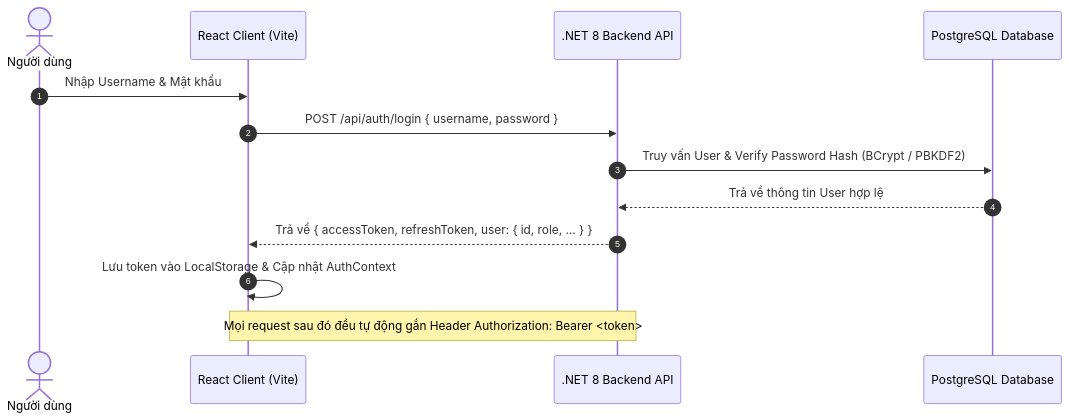
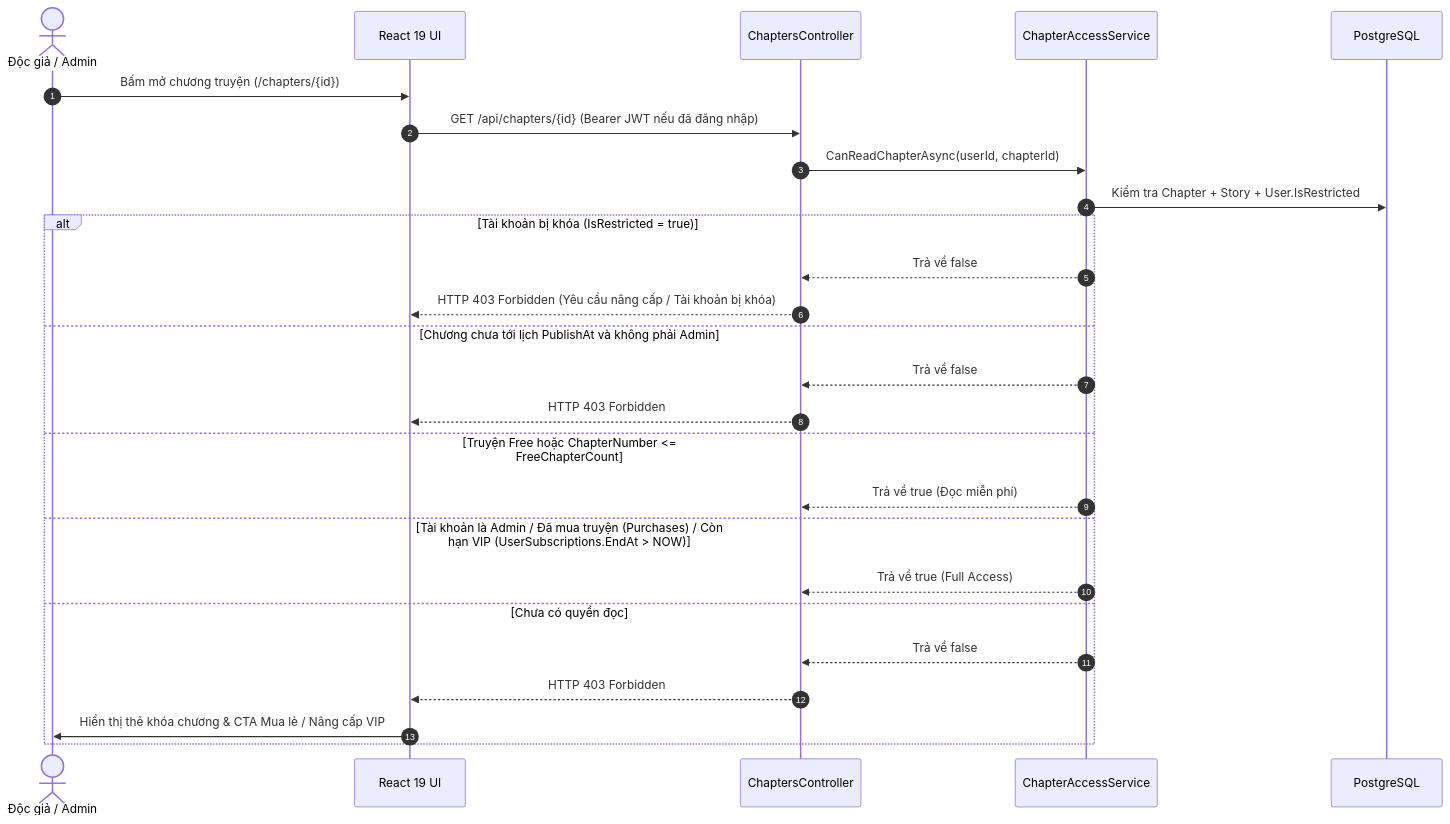
One commit to tuyenminhtran/HeThongQuanLyDocTruyen-Nhom-7 changed the third of 8 diagrams in KIEN_TRUC_CONG_NGHE_VA_FLOW.md. Above: the diagram before and after it, drawn with Mermaid. The commit also changed other lines of this file and 24 other files, not shown here.

Commit message:
Kiểm toán toàn diện Admin/Reader, sửa lỗi MemoryCache báo cáo trùng, chuẩn hóa script/SQL và đồng bộ tài liệu dự án

````diff
--- a/KIEN_TRUC_CONG_NGHE_VA_FLOW.md
+++ b/KIEN_TRUC_CONG_NGHE_VA_FLOW.md
@@ -123,16 +96,29 @@
 ```mermaid
 sequenceDiagram
     autonumber
-    actor User as Người dùng
-    participant React as React Client (Vite)
-    participant API as .NET 8 Backend API
-    participant DB as PostgreSQL Database
+    actor Reader as Độc giả / Admin
+    participant Web as React 19 UI
+    participant API as ChaptersController
+    participant Access as ChapterAccessService
+    participant DB as PostgreSQL
 
-    User->>React: Nhập Username & Mật khẩu
-    React->>API: POST /api/auth/login { username, password }
-    API->>DB: Truy vấn User & Verify Password Hash (BCrypt / PBKDF2)
-    DB-->>API: Trả về thông tin User hợp lệ
-    API-->>React: Trả về { accessToken, refreshToken, user: { id, role, ... } }
-    React->>React: Lưu token vào LocalStorage & Cập nhật AuthContext
-    Note over React,API: Mọi request sau đó đều tự động gắn Header Authorization: Bearer <token>
+    Reader->>Web: Bấm mở chương truyện (/chapters/{id})
+    Web->>API: GET /api/chapters/{id} (Bearer JWT nếu đã đăng nhập)
+    API->>Access: CanReadChapterAsync(userId, chapterId)
+    Access->>DB: Kiểm tra Chapter + Story + User.IsRestricted
+    alt Tài khoản bị khóa (IsRestricted = true)
+        Access-->>API: Trả về false
+        API-->>Web: HTTP 403 Forbidden (Yêu cầu nâng cấp / Tài khoản bị khóa)
+    else Chương chưa tới lịch PublishAt và không phải Admin
+        Access-->>API: Trả về false
+        API-->>Web: HTTP 403 Forbidden
+    else Truyện Free hoặc ChapterNumber <= FreeChapterCount
+        Access-->>API: Trả về true (Đọc miễn phí)
+    else Tài khoản là Admin / Đã mua truyện (Purchases) / Còn hạn VIP (UserSubscriptions.EndAt > NOW)
+        Access-->>API: Trả về true (Full Access)
+    else Chưa có quyền đọc
+        Access-->>API: Trả về false
+        API-->>Web: HTTP 403 Forbidden
+        Web->>Reader: Hiển thị thẻ khóa chương & CTA Mua lẻ / Nâng cấp VIP
+    end
 ```
````
